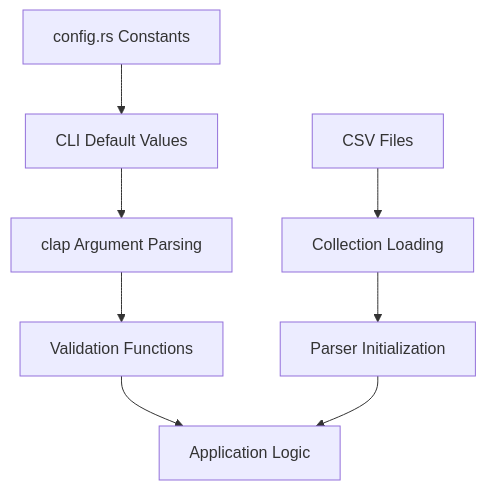
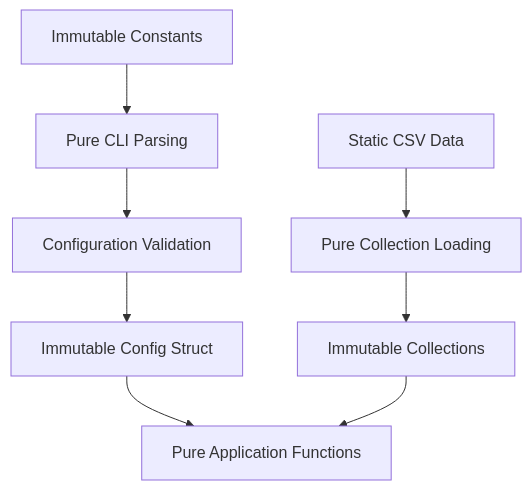
The diagram in docs/CONFIGURATION.md (al-siv/color-rs), drawn with Mermaid before and after one commit. The commit also changed other lines of this file and 4 other files, not shown here.

````diff
--- a/docs/CONFIGURATION.md
+++ b/docs/CONFIGURATION.md
@@ -72,11 +85,11 @@
 ```mermaid
 flowchart TD
-    A[config.rs Constants] --> B[CLI Default Values]
-    B --> C[clap Argument Parsing]
-    C --> D[Validation Functions]
-    D --> E[Application Logic]
+    A[Immutable Constants] --> B[Pure CLI Parsing]
+    B --> C[Configuration Validation]
+    C --> D[Immutable Config Struct]
+    D --> E[Pure Application Functions]
     
-    F[CSV Files] --> G[Collection Loading]
-    G --> H[Parser Initialization]
+    F[Static CSV Data] --> G[Pure Collection Loading]
+    G --> H[Immutable Collections]
     H --> E
 ```
````
